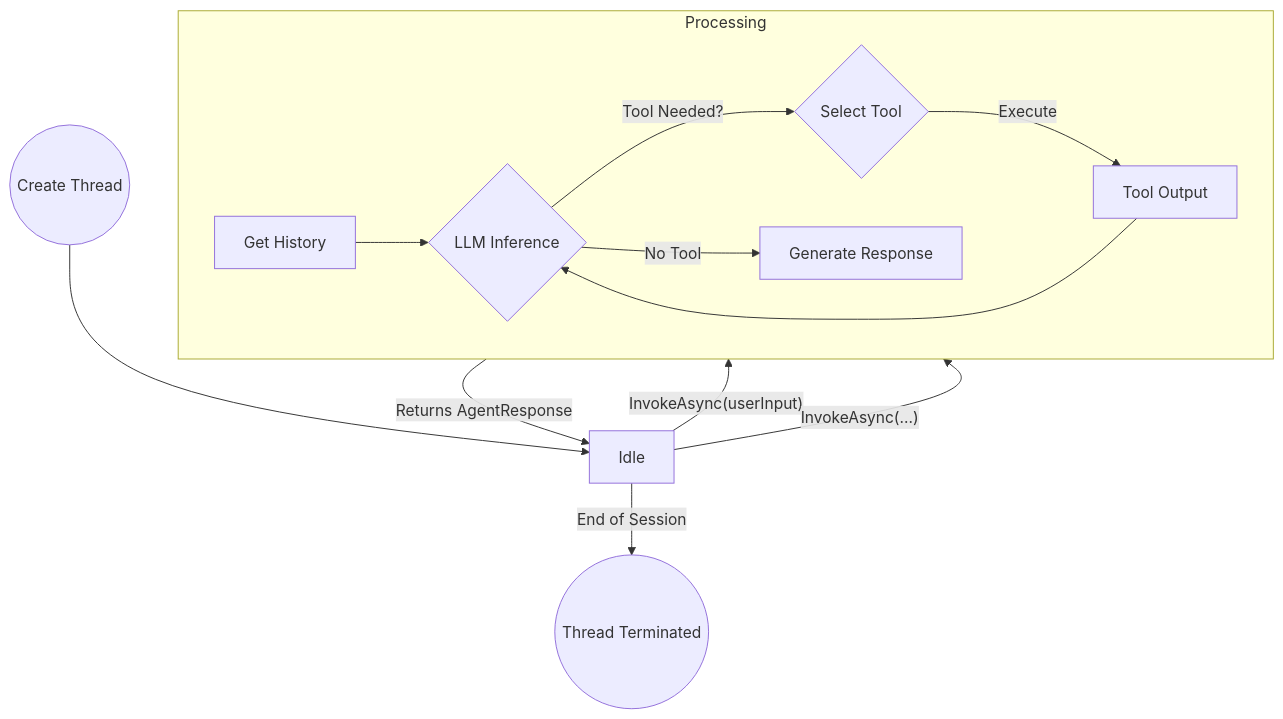
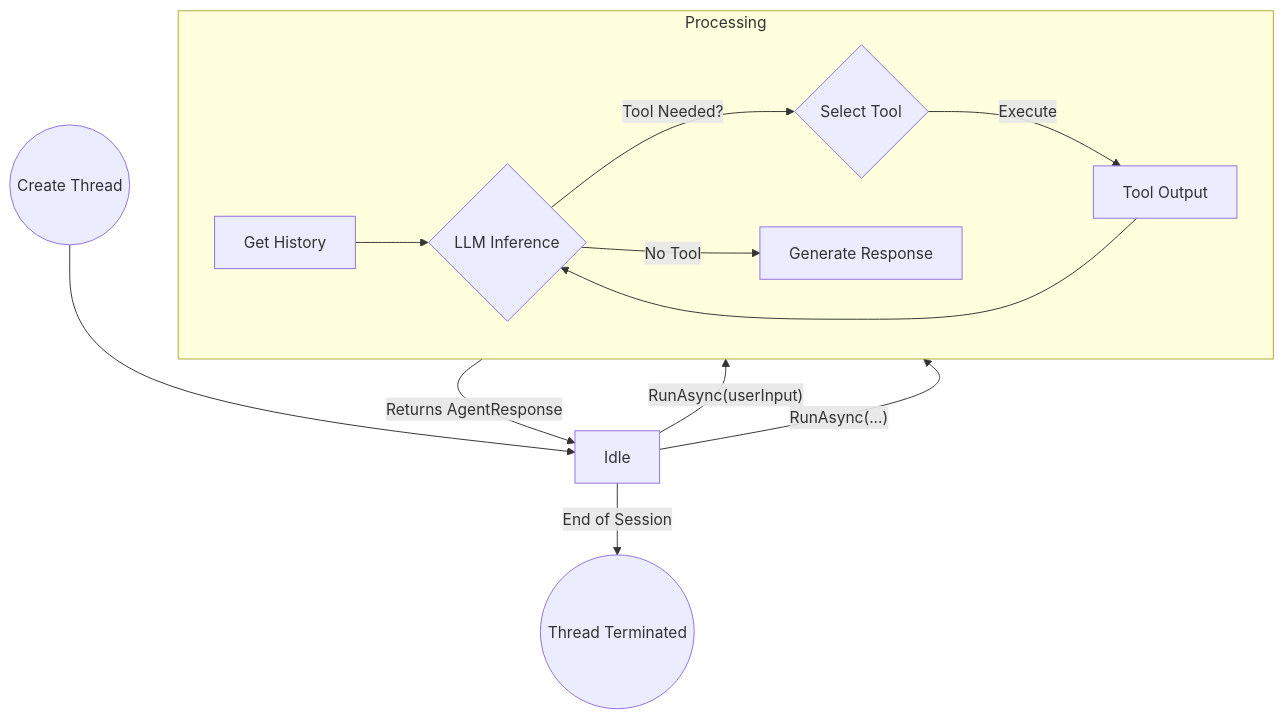
Before and after one commit to CodeHalwell/AgentGuides: the second of 10 diagrams in src/content/docs/microsoft-agent-framework-guide/dotnet/microsoft_agent_framework_dotnet_diagrams.md, drawn with Mermaid. The commit also changed 138 other files, not shown here.

````diff
--- a/src/content/docs/microsoft-agent-framework-guide/dotnet/microsoft_agent_framework_dotnet_diagrams.md
+++ b/src/content/docs/microsoft-agent-framework-guide/dotnet/microsoft_agent_framework_dotnet_diagrams.md
@@ -47,18 +47,18 @@
 ```mermaid
 graph TD
     Start((Create Thread)) --> Idle
-    Idle -- InvokeAsync(userInput) --> Processing
+    Idle -- RunAsync(userInput) --> Processing
     
     subgraph Processing
         direction LR
         A[Get History] --> B{LLM Inference}
         B -- Tool Needed? --> C{Select Tool}
         C -- Execute --> D[Tool Output]
         D --> B
         B -- No Tool --> E[Generate Response]
     end
 
     Processing -- Returns AgentResponse --> Idle
-    Idle -- "InvokeAsync(...)" --> Processing
+    Idle -- "RunAsync(...)" --> Processing
     Idle -- End of Session --> End((Thread Terminated))
 ```
````
